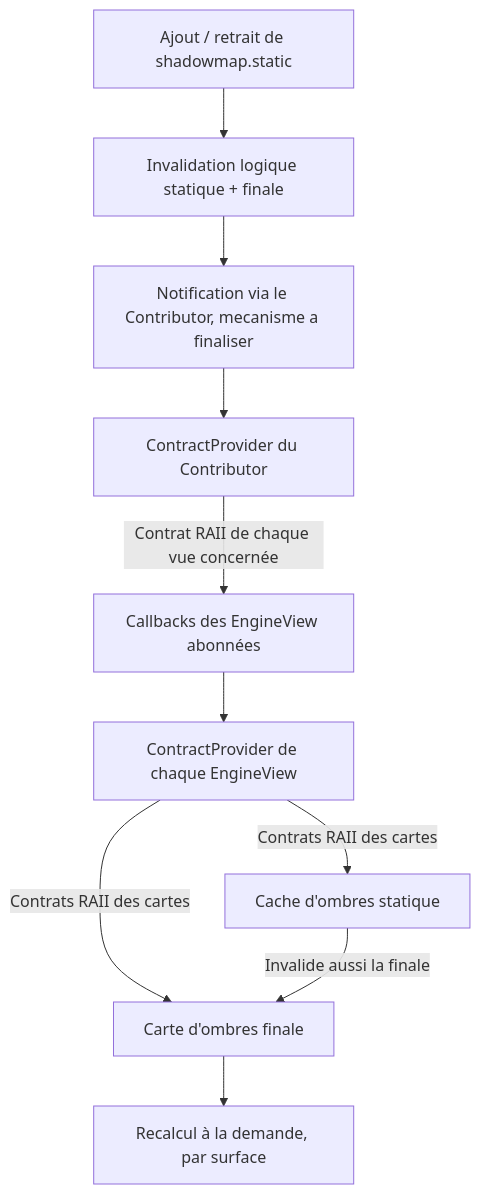
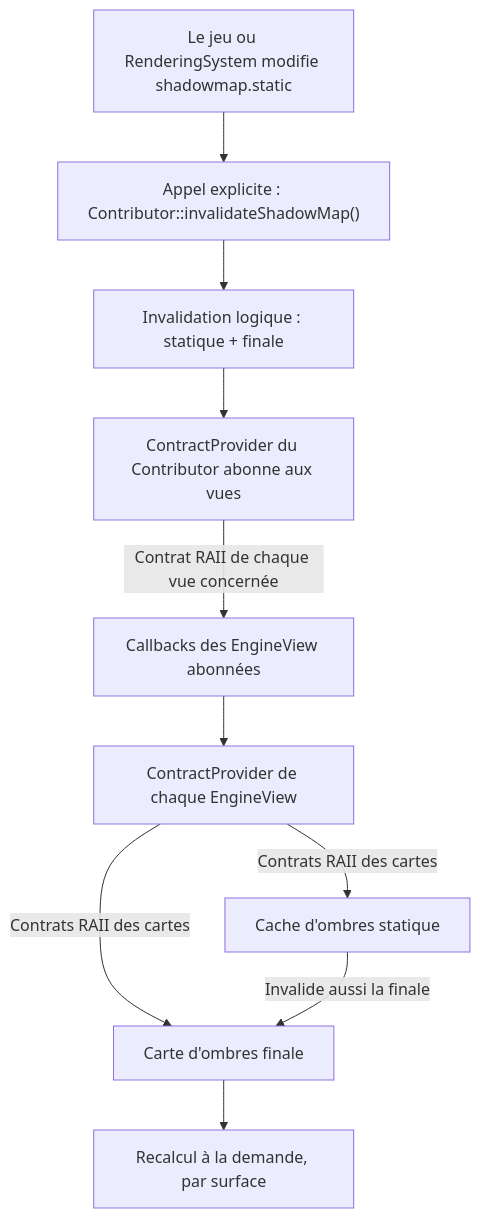
One commit to EreliaStudio/Sparkle changed diagram 11 of 13 in docs/voxel-engine-v0.1.4-specification.md. Above: the diagram before and after it, drawn with Mermaid. The commit also changed other lines of this file, not shown here.

Commit message:
docs(v0.1.4): explicitly notify tag changes through subscribed Contributor with full shadow invalidation

````diff
--- a/docs/voxel-engine-v0.1.4-specification.md
+++ b/docs/voxel-engine-v0.1.4-specification.md
@@ -1008,12 +1008,12 @@
 ```mermaid
 flowchart TD
-  Tag["Ajout / retrait de shadowmap.static"] --> Full["Invalidation logique statique + finale"]
-  Full --> C["Notification via le Contributor, mecanisme a finaliser"]
-  C --> CP["ContractProvider du Contributor"]
+  Tag["Le jeu ou RenderingSystem modifie shadowmap.static"] --> Call["Appel explicite : Contributor::invalidateShadowMap()"]
+  Call --> Full["Invalidation logique : statique + finale"]
+  Full --> CP["ContractProvider du Contributor abonne aux vues"]
   CP -->|"Contrat RAII de chaque vue concernée"| V["Callbacks des EngineView abonnées"]
   V --> VP["ContractProvider de chaque EngineView"]
   VP -->|"Contrats RAII des cartes"| SM["Cache d'ombres statique"]
   VP -->|"Contrats RAII des cartes"| FM["Carte d'ombres finale"]
   SM -->|"Invalide aussi la finale"| FM
   FM --> GPU["Recalcul à la demande, par surface"]
 ```
````
